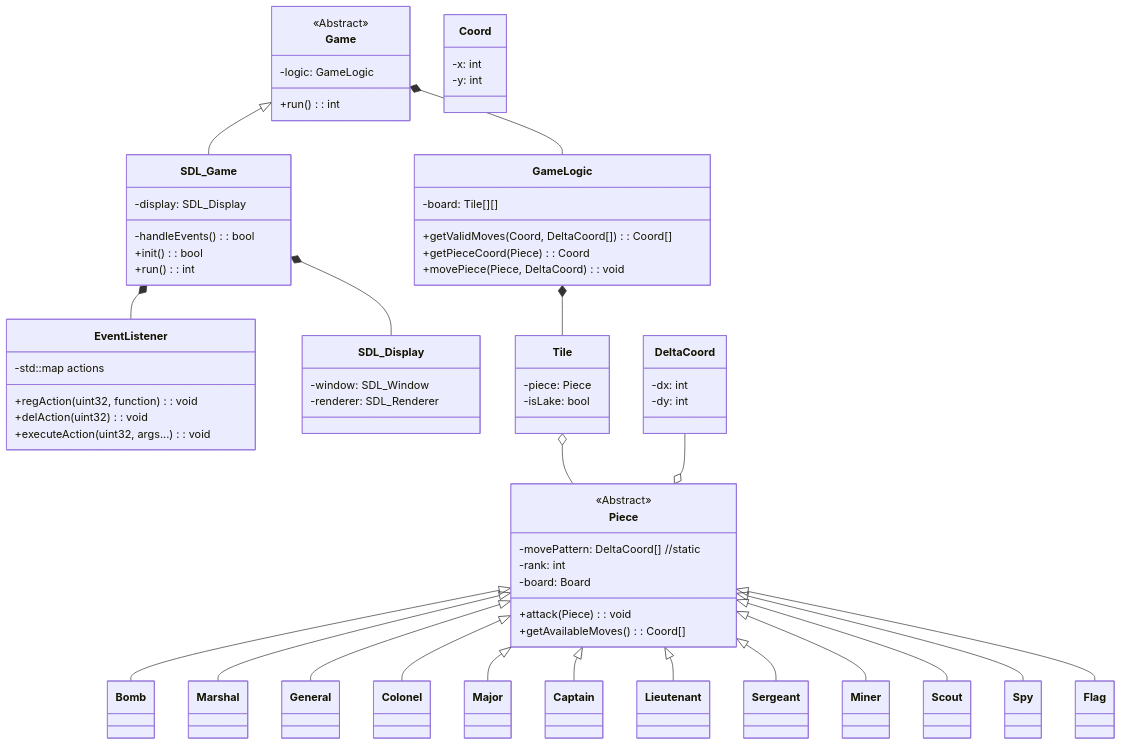
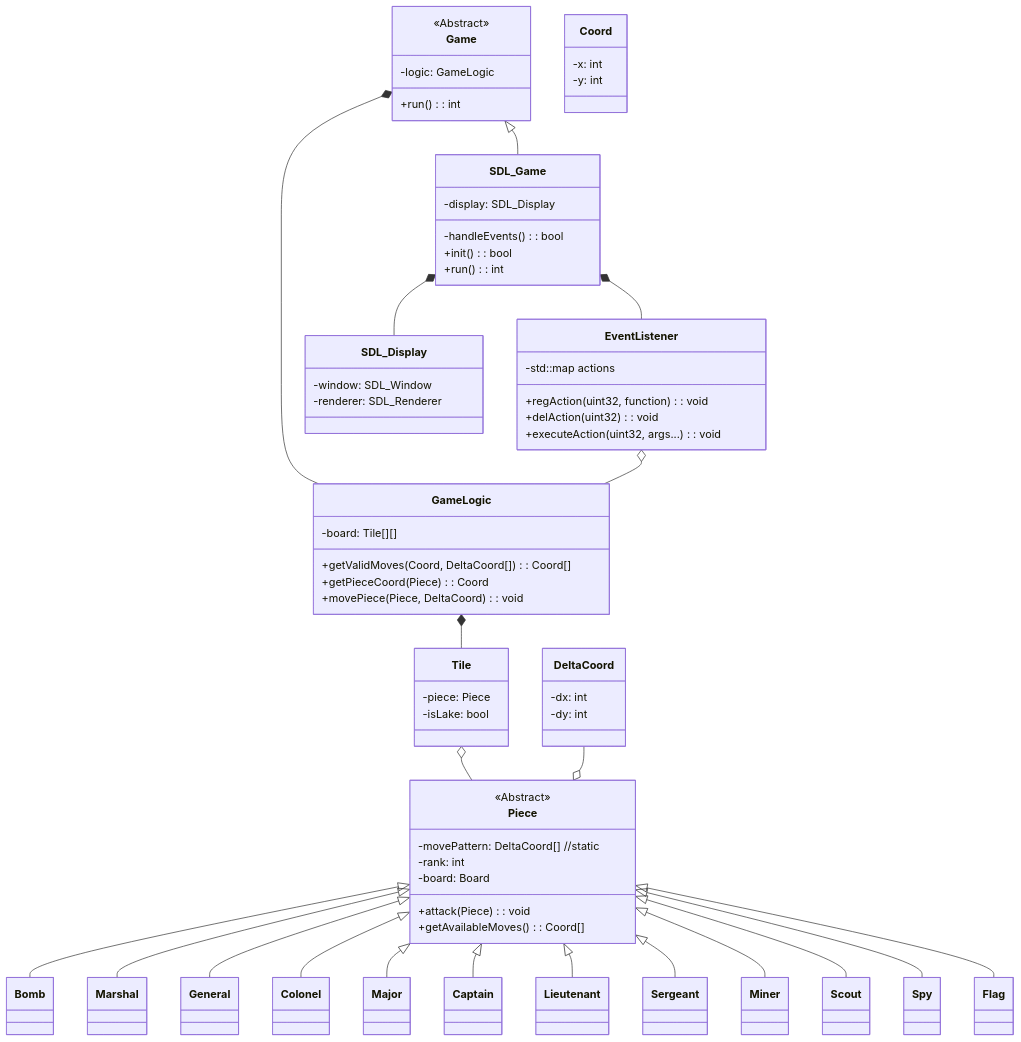
Before and after one commit to Tomocza/cpp-stratego: the sixth of 6 diagrams in README.md, drawn with Mermaid.

Commit message:
add link of eventlistener and gamelogic

```diff
--- a/README.md
+++ b/README.md
@@ -245,6 +245,8 @@
 SDL_Game *-- SDL_Display
 SDL_Game *-- EventListener
 
+EventListener o-- GameLogic
+
 GameLogic *-- Tile
 Tile o-- Piece
 DeltaCoord --o Piece
```
